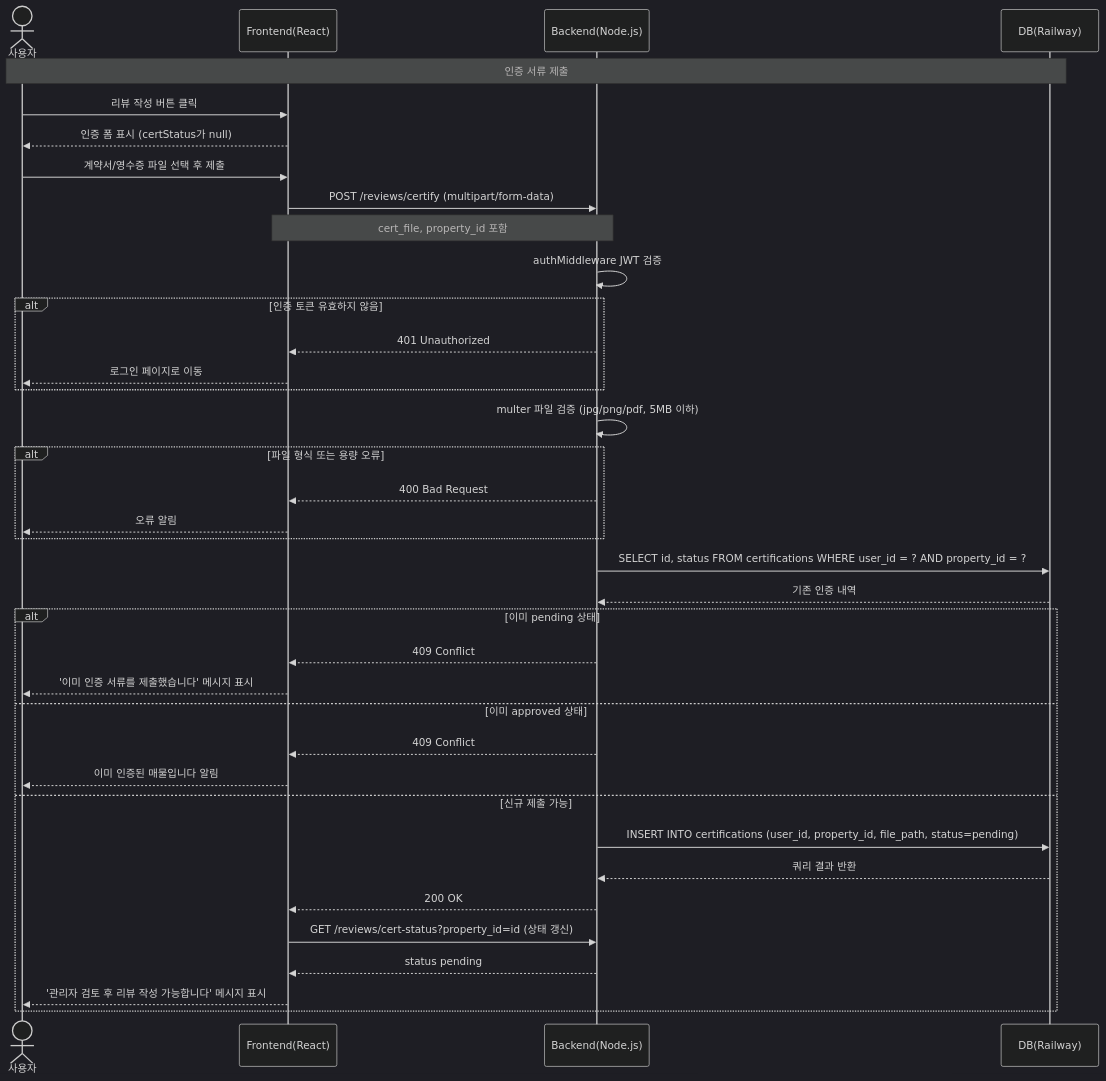
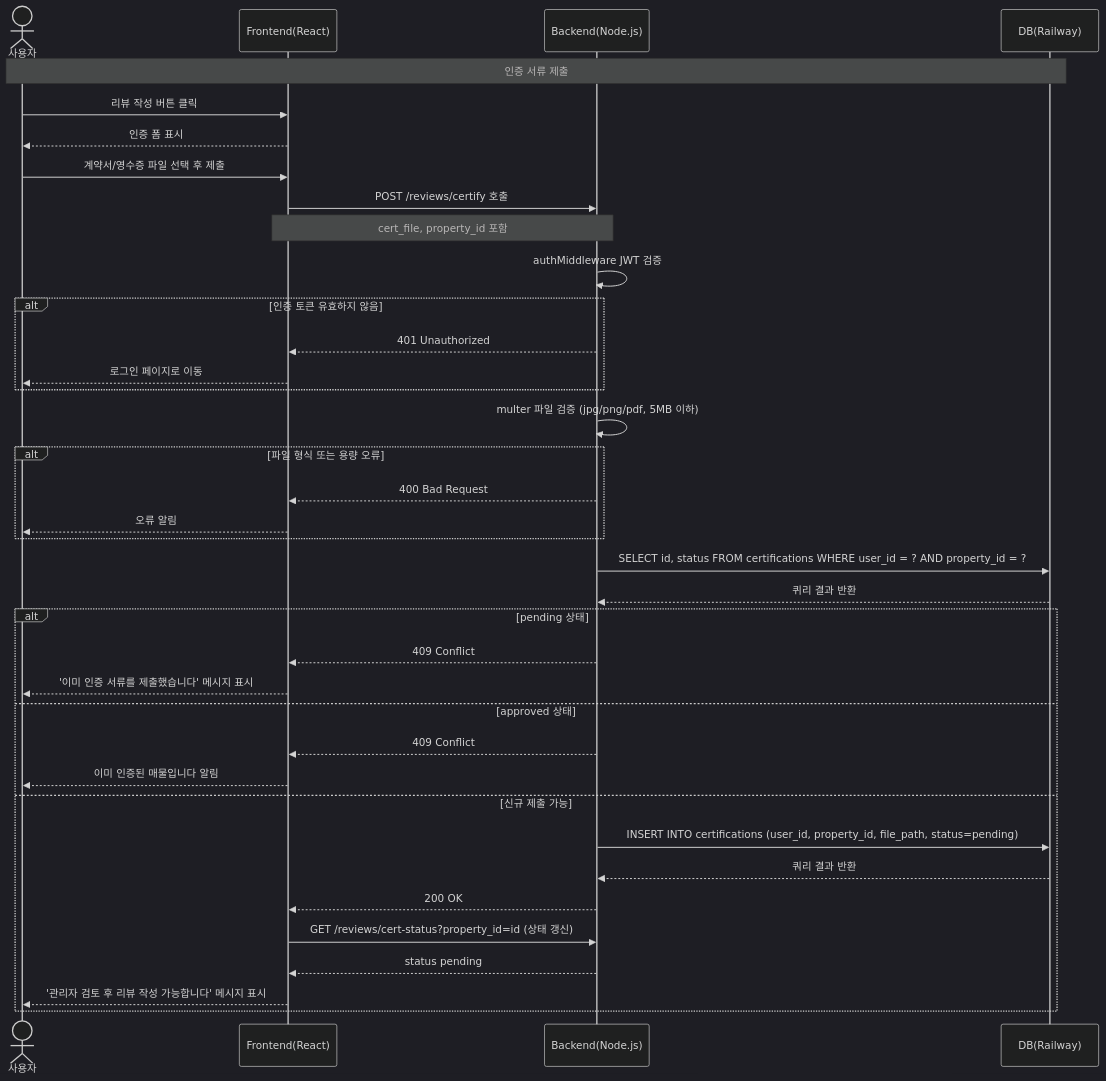
The sixth of 9 diagrams in report.md (gomsaygom/jjab-bang), drawn with Mermaid (dark theme) before and after one commit. The commit also changed other lines of this file, not shown here.

Commit message:
feat : 시퀀스 다이어그램 내용 수정 및 시스템 아키텍처 추가

````diff
--- a/report.md
+++ b/report.md
@@ -146,40 +146,40 @@
 ```mermaid
 sequenceDiagram
     actor U as 사용자
     participant F as Frontend(React)
     participant B as Backend(Node.js)
     participant D as DB(Railway)
 
     Note over U,D: 인증 서류 제출 
     U->>F: 리뷰 작성 버튼 클릭
-    F-->>U: 인증 폼 표시 (certStatus가 null)
+    F-->>U: 인증 폼 표시 
     U->>F: 계약서/영수증 파일 선택 후 제출
-    F->>B: POST /reviews/certify (multipart/form-data)
+    F->>B: POST /reviews/certify 호출
     Note over F,B: cert_file, property_id 포함
     B->>B: authMiddleware JWT 검증
     alt 인증 토큰 유효하지 않음
         B-->>F: 401 Unauthorized
         F-->>U: 로그인 페이지로 이동
     end
     B->>B: multer 파일 검증 (jpg/png/pdf, 5MB 이하)
     alt 파일 형식 또는 용량 오류
         B-->>F: 400 Bad Request
         F-->>U: 오류 알림
     end
     B->>D: SELECT id, status FROM certifications WHERE user_id = ? AND property_id = ?
-    D-->>B: 기존 인증 내역
-    alt 이미 pending 상태
+    D-->>B: 퀴리 결과 반환
+    alt pending 상태
         B-->>F: 409 Conflict
         F-->>U: '이미 인증 서류를 제출했습니다' 메시지 표시
-    else 이미 approved 상태
+    else approved 상태
         B-->>F: 409 Conflict
         F-->>U: 이미 인증된 매물입니다 알림
     else 신규 제출 가능
         B->>D: INSERT INTO certifications (user_id, property_id, file_path, status=pending)
         D-->>B: 쿼리 결과 반환
         B-->>F: 200 OK
         F->>B: GET /reviews/cert-status?property_id=id (상태 갱신)
         B-->>F: status pending
         F-->>U: '관리자 검토 후 리뷰 작성 가능합니다' 메시지 표시
     end
 ```
````
